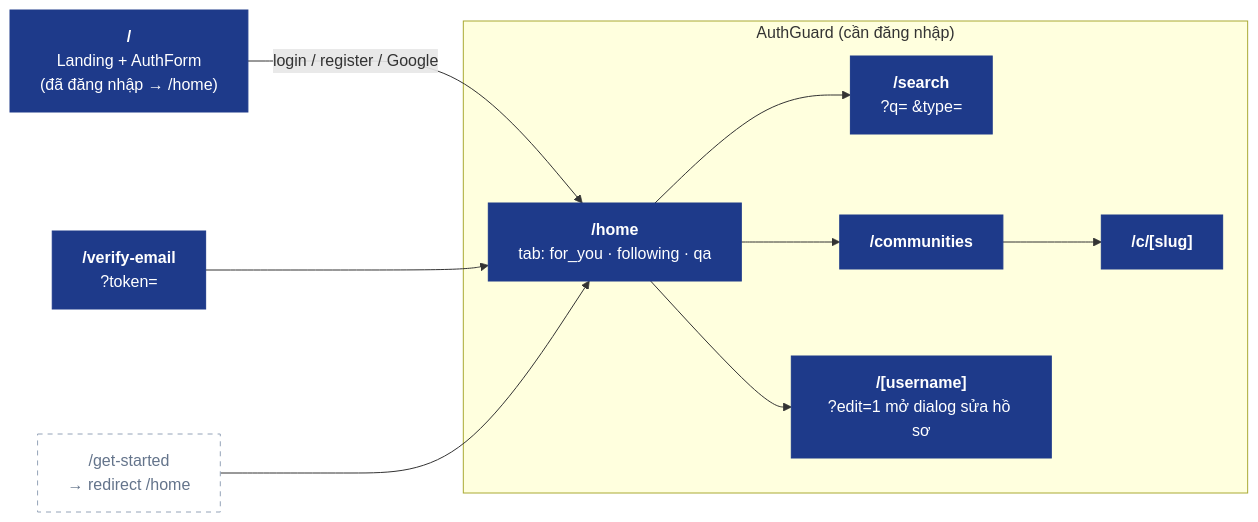
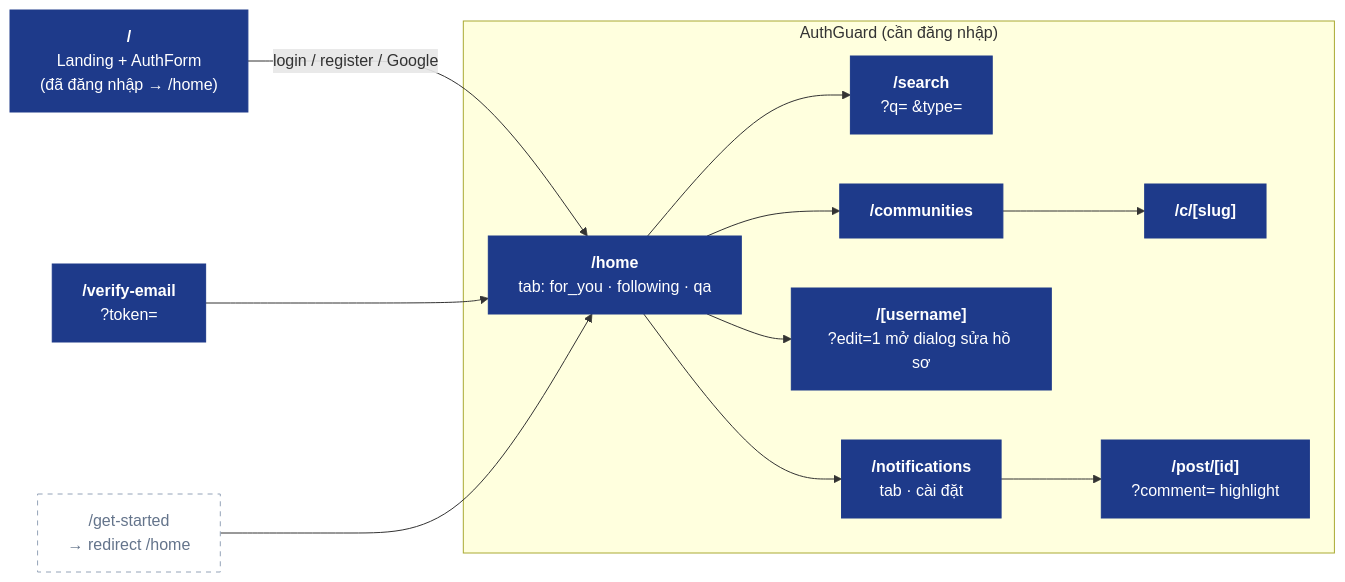
Before and after one commit to nhatcoi/pu-connect: the first of 2 diagrams in docs/diagrams/07-web-app.md, drawn with Mermaid. The commit also changed other lines of this file and 5 other files, not shown here.

Commit message:
docs: notification v1 spec, diagrams and ERD

````diff
--- a/docs/diagrams/07-web-app.md
+++ b/docs/diagrams/07-web-app.md
@@ -7,25 +7,28 @@
 ```mermaid
 flowchart LR
   landing["<b>/</b><br/>Landing + AuthForm<br/>(đã đăng nhập → /home)"]
   verify["<b>/verify-email</b><br/>?token="]
   getstarted["/get-started<br/>→ redirect /home"]
 
   subgraph guarded["AuthGuard (cần đăng nhập)"]
     home["<b>/home</b><br/>tab: for_you · following · qa"]
     search["<b>/search</b><br/>?q= &type="]
     comms["<b>/communities</b>"]
     comm["<b>/c/[slug]</b>"]
     profile["<b>/[username]</b><br/>?edit=1 mở dialog sửa hồ sơ"]
+    notif["<b>/notifications</b><br/>tab · cài đặt"]
+    post["<b>/post/[id]</b><br/>?comment= highlight"]
   end
 
   landing -->|login / register / Google| home
   verify --> home
   getstarted --> home
-  home --> search & comms & profile
+  home --> search & comms & profile & notif
+  notif --> post
   comms --> comm
 
   classDef page fill:#1e3a8a,stroke:#1e3a8a,color:#fff
   classDef redirect fill:#fff,stroke:#94a3b8,color:#64748b,stroke-dasharray:5 5
-  class landing,verify,home,search,comms,comm,profile page
+  class landing,verify,home,search,comms,comm,profile,notif,post page
   class getstarted redirect
 ```
````
